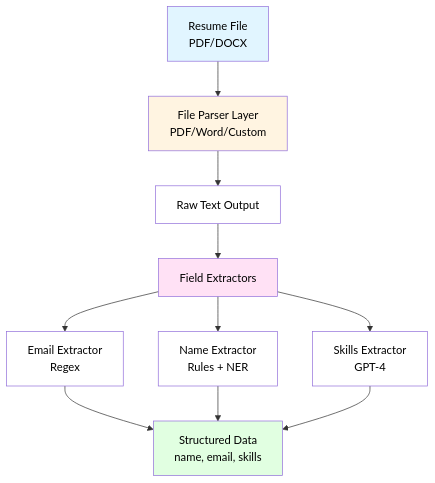
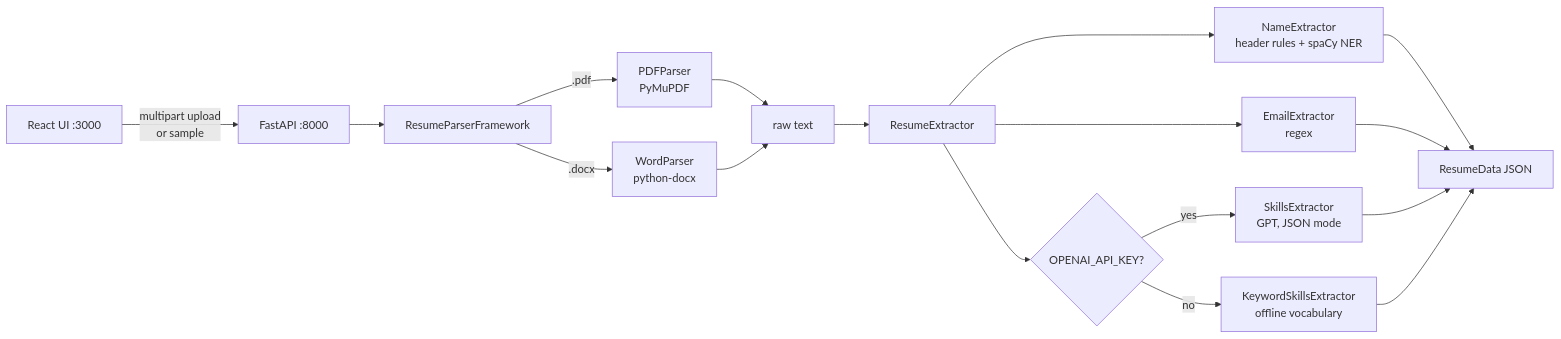
The first of 2 diagrams in README.md (ovokpus/ResumeParser), drawn with Mermaid before and after one commit. The commit also changed other lines of this file and 42 other files, not shown here.

First line of the commit message:
Add FastAPI + React upload-and-parse app, offline skills fallback, docker compose, CI

````diff
--- a/README.md
+++ b/README.md
@@ -37,21 +15,19 @@
 ```mermaid
-flowchart TD
-    A[Resume File<br/>PDF/DOCX] --> B[File Parser Layer<br/>PDF/Word/Custom]
-    B --> C[Raw Text Output]
-    C --> D[Field Extractors]
-    D --> E[Email Extractor<br/>Regex]
-    D --> F[Name Extractor<br/>Rules + NER]
-    D --> G[Skills Extractor<br/>GPT-4]
-    E --> H[Structured Data<br/>name, email, skills]
-    F --> H
-    G --> H
-    
-    style A fill:#e1f5ff,color:#000
-    style B fill:#fff4e1,color:#000
-    style C fill:#ffffff,color:#000
-    style D fill:#ffe1f5,color:#000
-    style E fill:#ffffff,color:#000
-    style F fill:#ffffff,color:#000
-    style G fill:#ffffff,color:#000
-    style H fill:#e1ffe1,color:#000
+flowchart LR
+    U[React UI :3000] -->|multipart upload<br/>or sample| A[FastAPI :8000]
+    A --> F[ResumeParserFramework]
+    F -->|.pdf| P[PDFParser<br/>PyMuPDF]
+    F -->|.docx| W[WordParser<br/>python-docx]
+    P --> T[raw text]
+    W --> T
+    T --> E[ResumeExtractor]
+    E --> N[NameExtractor<br/>header rules + spaCy NER]
+    E --> M[EmailExtractor<br/>regex]
+    E --> S{OPENAI_API_KEY?}
+    S -->|yes| L[SkillsExtractor<br/>GPT, JSON mode]
+    S -->|no| K[KeywordSkillsExtractor<br/>offline vocabulary]
+    N --> R[ResumeData JSON]
+    M --> R
+    L --> R
+    K --> R
 ```
````
